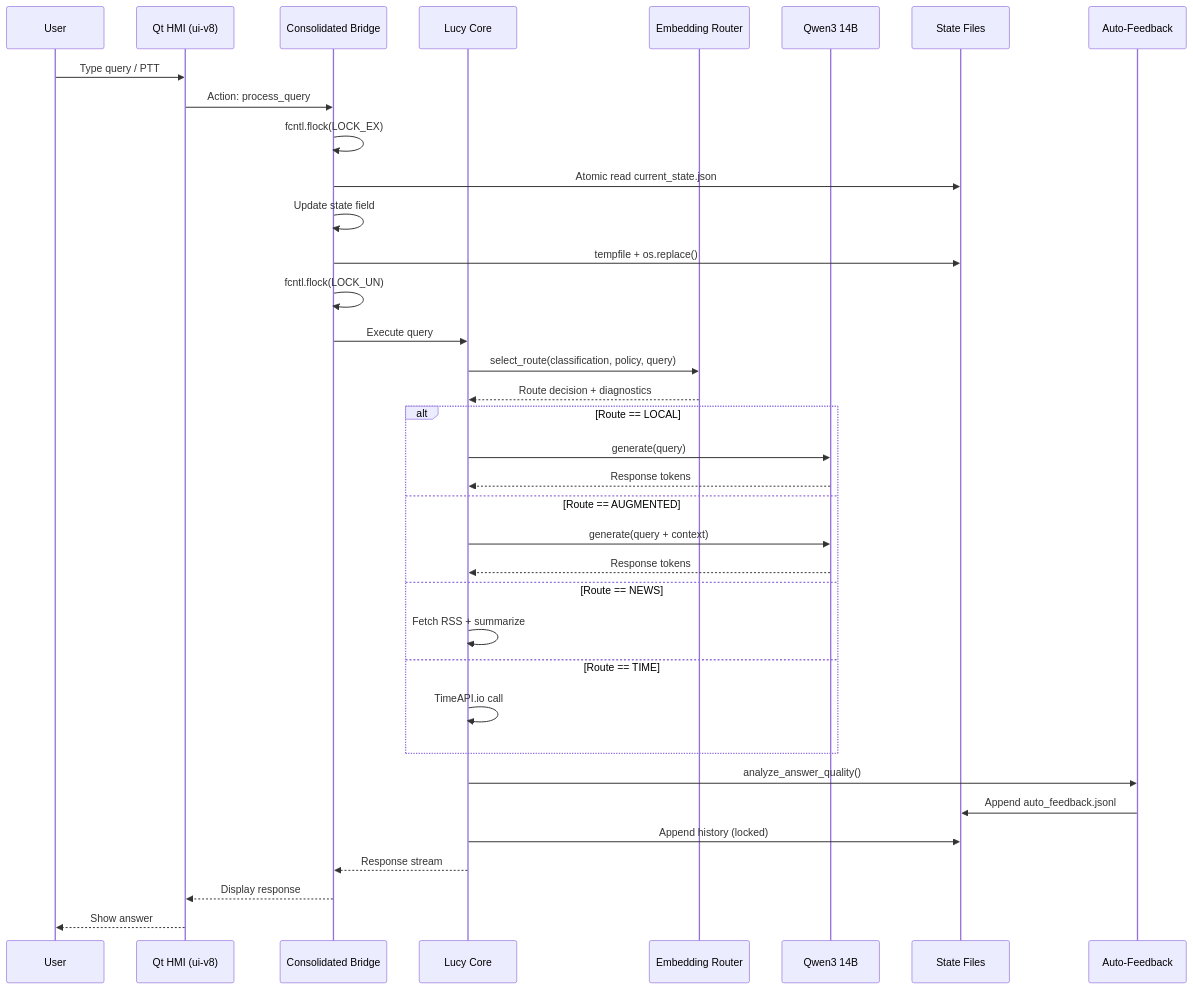
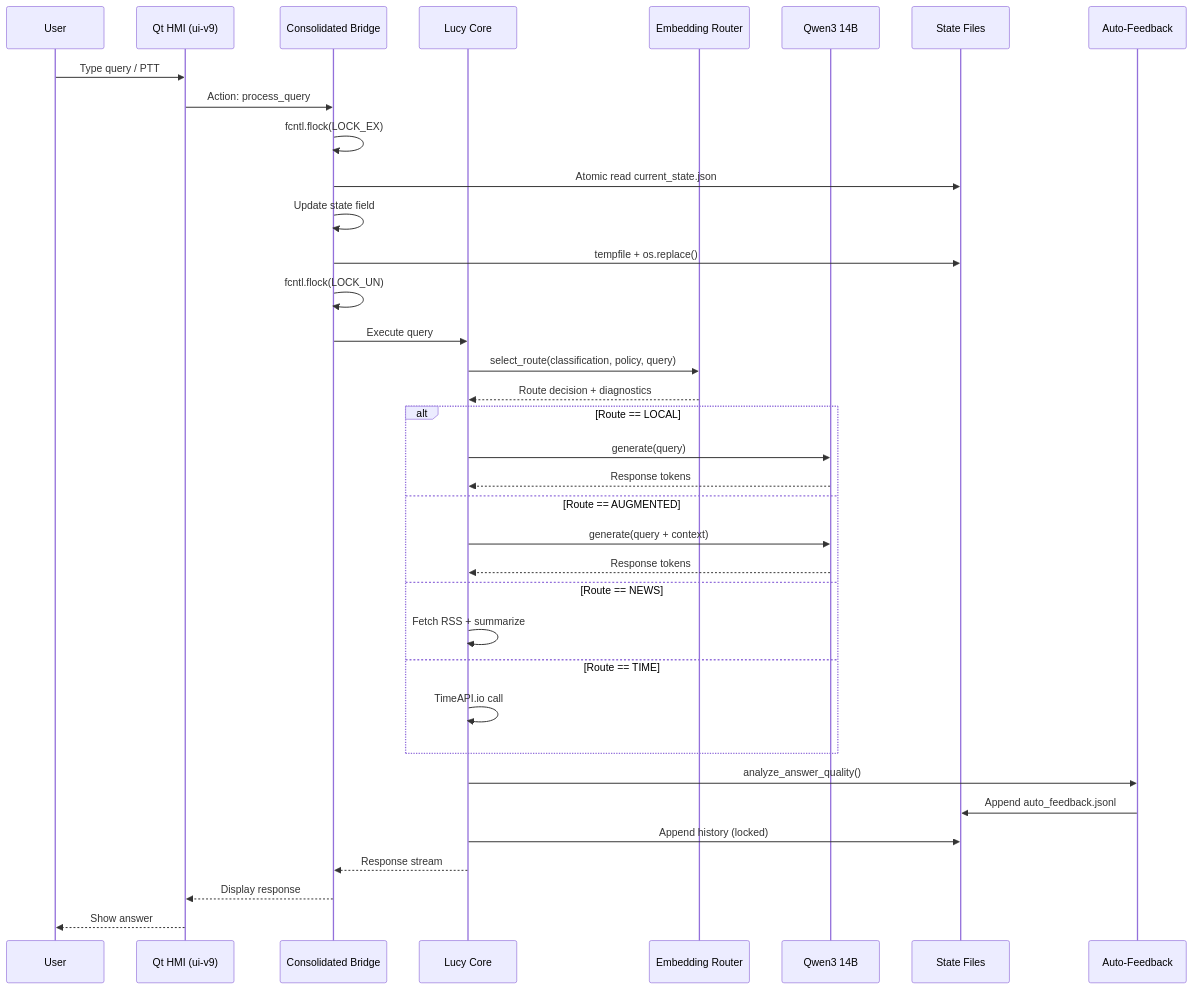
The third of 3 diagrams in ARCHITECTURE.md (mikemichaelperry-cloud/Local-Lucy), drawn with Mermaid before and after one commit. The commit also changed other lines of this file and 236 other files, not shown here.

````diff
--- a/ARCHITECTURE.md
+++ b/ARCHITECTURE.md
@@ -375,39 +375,39 @@
 ```mermaid
 sequenceDiagram
     participant User
-    participant HMI as Qt HMI (ui-v8)
+    participant HMI as Qt HMI (ui-v9)
     participant Bridge as Consolidated Bridge
     participant Core as Lucy Core
     participant Router as Embedding Router
     participant LLM as Qwen3 14B
     participant State as State Files
     participant AutoFB as Auto-Feedback
 
     User->>HMI: Type query / PTT
     HMI->>Bridge: Action: process_query
     Bridge->>Bridge: fcntl.flock(LOCK_EX)
     Bridge->>State: Atomic read current_state.json
     Bridge->>Bridge: Update state field
     Bridge->>State: tempfile + os.replace()
     Bridge->>Bridge: fcntl.flock(LOCK_UN)
     Bridge->>Core: Execute query
     Core->>Router: select_route(classification, policy, query)
     Router-->>Core: Route decision + diagnostics
     alt Route == LOCAL
         Core->>LLM: generate(query)
         LLM-->>Core: Response tokens
     else Route == AUGMENTED
         Core->>LLM: generate(query + context)
         LLM-->>Core: Response tokens
     else Route == NEWS
         Core->>Core: Fetch RSS + summarize
     else Route == TIME
         Core->>Core: TimeAPI.io call
     end
     Core->>AutoFB: analyze_answer_quality()
     AutoFB->>State: Append auto_feedback.jsonl
     Core->>State: Append history (locked)
     Core-->>Bridge: Response stream
     Bridge-->>HMI: Display response
     HMI-->>User: Show answer
 ```
````
